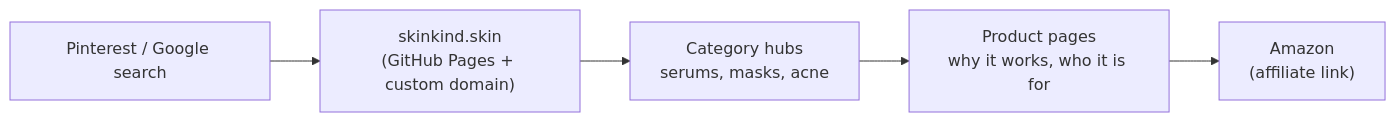
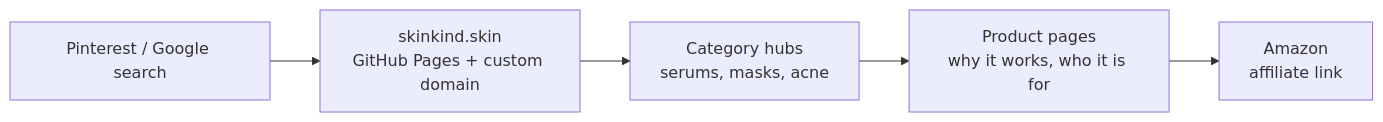
One commit to Stanvi09/Skinkind changed the diagram in README.md. Above: the diagram before and after it, drawn with Mermaid. The commit also changed other lines of this file and 6 other files, not shown here.

Commit message:
Redesign README with custom light/dark animated graphics

````diff
--- a/README.md
+++ b/README.md
@@ -45,7 +23,7 @@
 ```mermaid
 flowchart LR
-    A["Pinterest / Google search"] --> B["skinkind.skin<br/>(GitHub Pages + custom domain)"]
+    A["Pinterest / Google search"] --> B["skinkind.skin<br/>GitHub Pages + custom domain"]
     B --> C["Category hubs<br/>serums, masks, acne"]
     C --> D["Product pages<br/>why it works, who it is for"]
-    D --> E["Amazon<br/>(affiliate link)"]
+    D --> E["Amazon<br/>affiliate link"]
 ```
````
